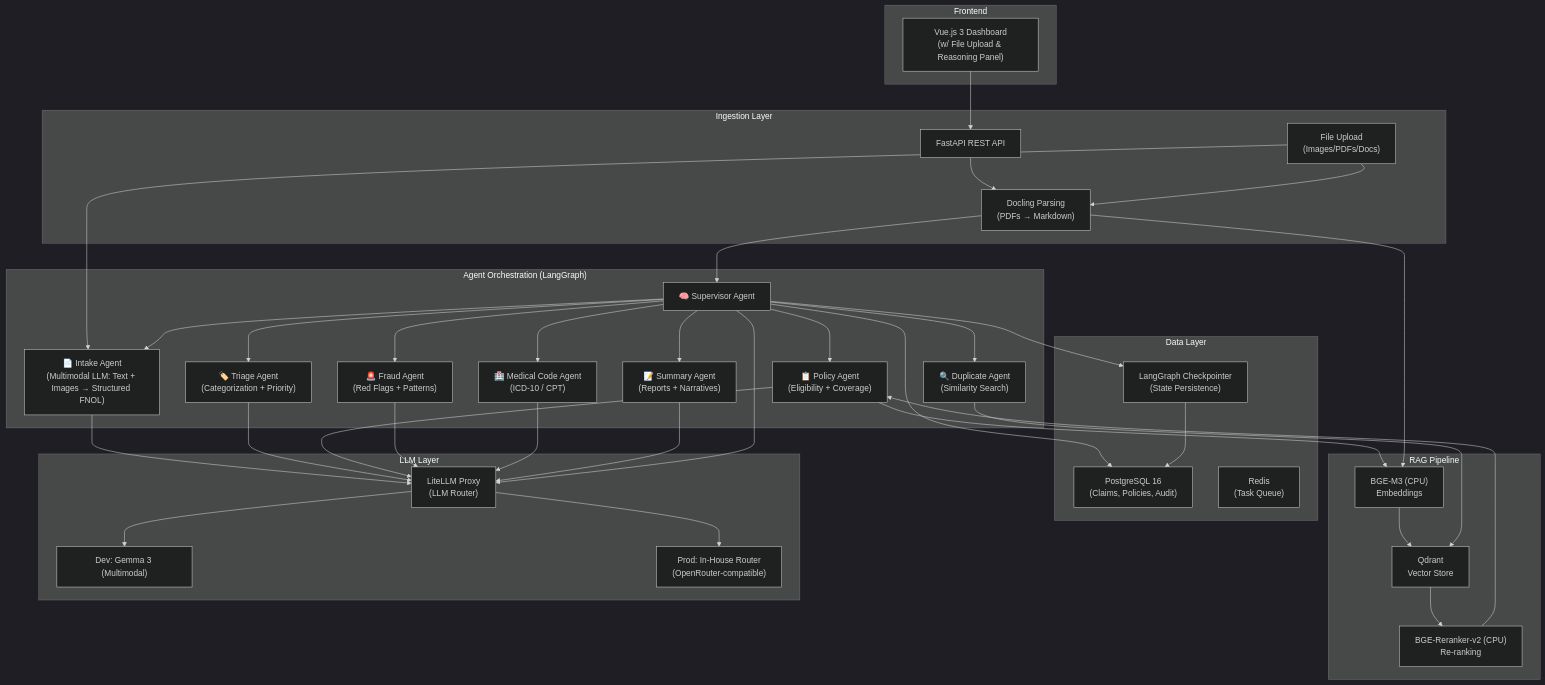
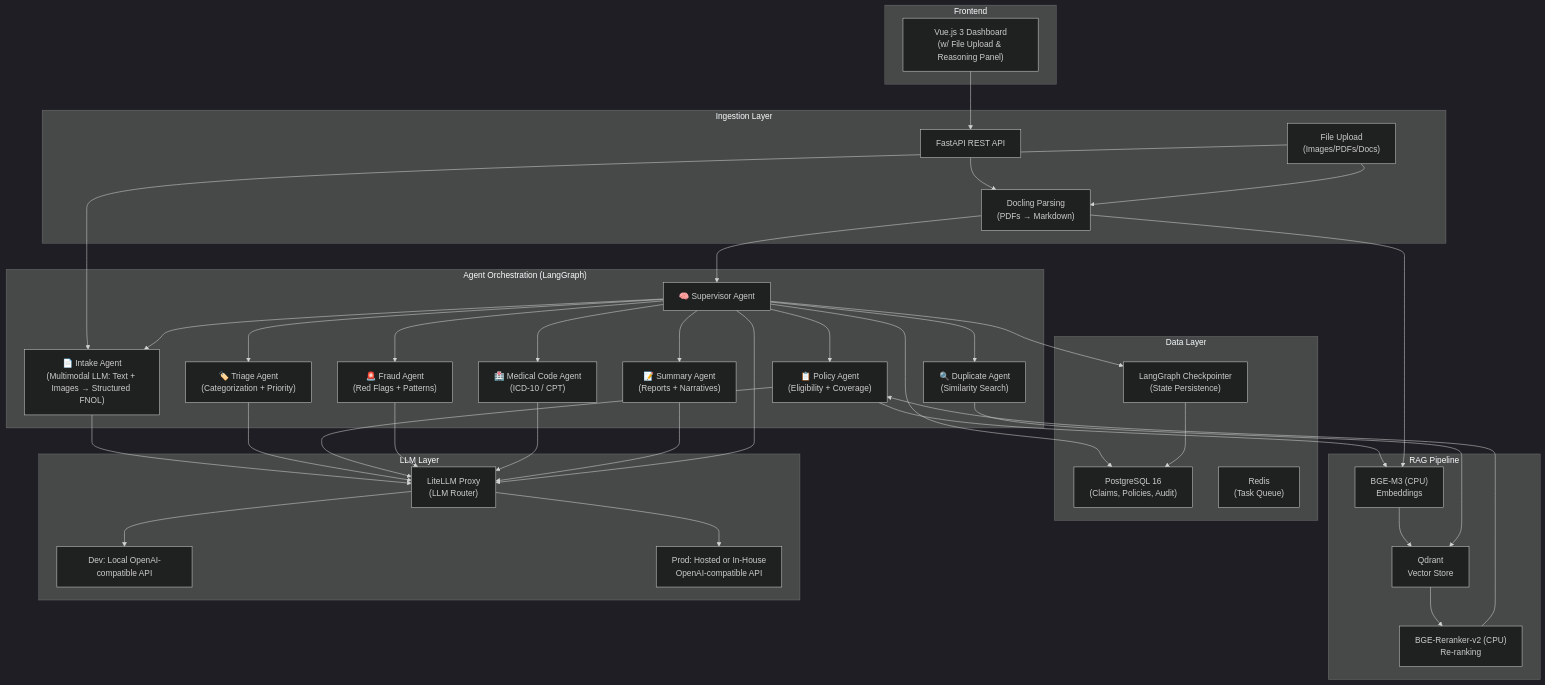
The diagram in README.md (Zaki-HK/Multi-Agent-Claims-Intake), drawn with Mermaid (dark theme) before and after one commit. The commit also changed other lines of this file and 119 other files, not shown here.

````diff
--- a/README.md
+++ b/README.md
@@ -23,75 +23,75 @@
 ```mermaid
 graph TB
     subgraph "Ingestion Layer"
         API["FastAPI REST API"]
         UP["File Upload<br/>(Images/PDFs/Docs)"]
         DOC["Docling Parsing<br/>(PDFs → Markdown)"]
     end
 
     subgraph "Agent Orchestration (LangGraph)"
         SUP["🧠 Supervisor Agent"]
         INT["📄 Intake Agent<br/>(Multimodal LLM: Text + Images → Structured FNOL)"]
         TRI["🏷️ Triage Agent<br/>(Categorization + Priority)"]
         POL["📋 Policy Agent<br/>(Eligibility + Coverage)"]
         FRD["🚨 Fraud Agent<br/>(Red Flags + Patterns)"]
         MED["🏥 Medical Code Agent<br/>(ICD-10 / CPT)"]
         SUM["📝 Summary Agent<br/>(Reports + Narratives)"]
         DUP["🔍 Duplicate Agent<br/>(Similarity Search)"]
     end
 
     subgraph "RAG Pipeline"
         EMB["BGE-M3 (CPU)<br/>Embeddings"]
         QDR["Qdrant<br/>Vector Store"]
         RRK["BGE-Reranker-v2 (CPU)<br/>Re-ranking"]
     end
 
     subgraph "Data Layer"
         PG["PostgreSQL 16<br/>(Claims, Policies, Audit)"]
         CHK["LangGraph Checkpointer<br/>(State Persistence)"]
         RDS["Redis<br/>(Task Queue)"]
     end
 
     subgraph "LLM Layer"
         LIT["LiteLLM Proxy<br/>(LLM Router)"]
-        DEV["Dev: Gemma 3 (Multimodal)"]
-        PROD["Prod: In-House Router<br/>(OpenRouter-compatible)"]
+        DEV["Dev: Local OpenAI-compatible API"]
+        PROD["Prod: Hosted or In-House<br/>OpenAI-compatible API"]
     end
 
     subgraph "Frontend"
         VUE["Vue.js 3 Dashboard<br/>(w/ File Upload & Reasoning Panel)"]
     end
 
     API --> DOC
     UP --> DOC
     UP --> INT
     DOC --> SUP
     SUP --> INT
     SUP --> TRI
     SUP --> POL
     SUP --> FRD
     SUP --> MED
     SUP --> SUM
     SUP --> DUP
 
     POL --> EMB --> QDR
     QDR --> RRK --> POL
     DUP --> QDR
     
     DOC --> EMB
 
     INT --> LIT
     TRI --> LIT
     POL --> LIT
     FRD --> LIT
     MED --> LIT
     SUM --> LIT
     SUP --> LIT
     LIT --> DEV
     LIT --> PROD
 
     SUP --> PG
     SUP --> CHK
     CHK --> PG
 
     VUE --> API
 ```
````
